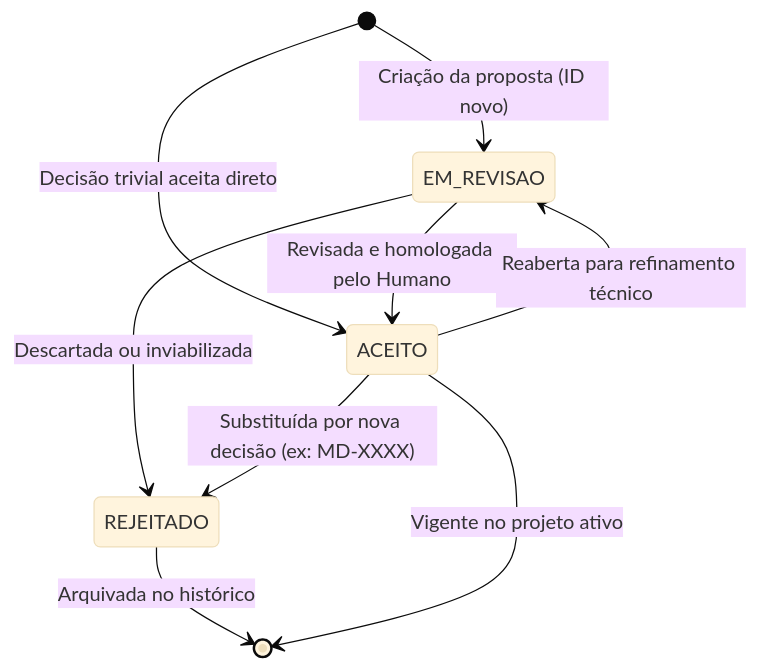
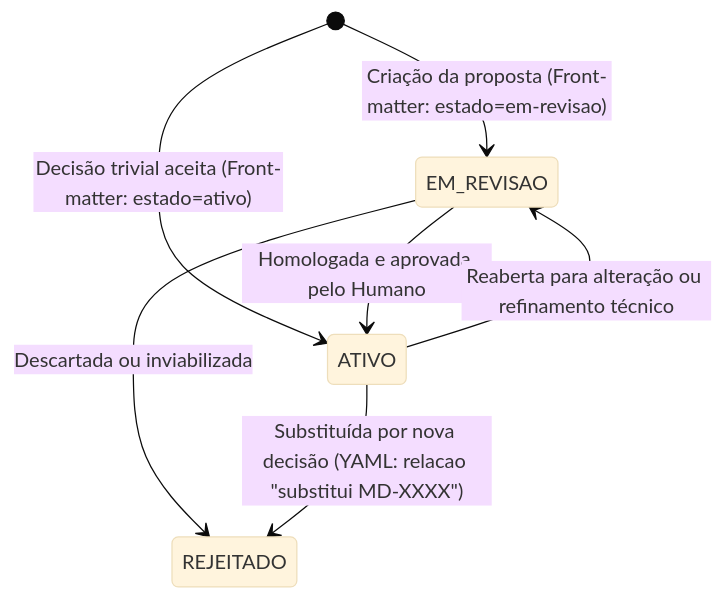
The second of 2 diagrams in _reversa_sdd/state-machines.md (iago-leal/harness-config), drawn with Mermaid (base theme) before and after one commit. The commit also changed other lines of this file and 47 other files, not shown here.

````diff
--- a/_reversa_sdd/state-machines.md
+++ b/_reversa_sdd/state-machines.md
@@ -14,14 +38,11 @@
 ```mermaid
 stateDiagram-v2
-    [*] --> EM_REVISAO : Criação da proposta (ID novo)
-    [*] --> ACEITO : Decisão trivial aceita direto
+    [*] --> EM_REVISAO : Criação da proposta (Front-matter: estado=em-revisao)
+    [*] --> ATIVO : Decisão trivial aceita (Front-matter: estado=ativo)
     
-    EM_REVISAO --> ACEITO : Revisada e homologada pelo Humano
+    EM_REVISAO --> ATIVO : Homologada e aprovada pelo Humano
     EM_REVISAO --> REJEITADO : Descartada ou inviabilizada
     
-    ACEITO --> REJEITADO : Substituída por nova decisão (ex: MD-XXXX)
-    ACEITO --> EM_REVISAO : Reaberta para refinamento técnico
-    
-    REJEITADO --> [*] : Arquivada no histórico
-    ACEITO --> [*] : Vigente no projeto ativo
+    ATIVO --> REJEITADO : Substituída por nova decisão (YAML: relacao "substitui MD-XXXX")
+    ATIVO --> EM_REVISAO : Reaberta para alteração ou refinamento técnico
 ```
````
